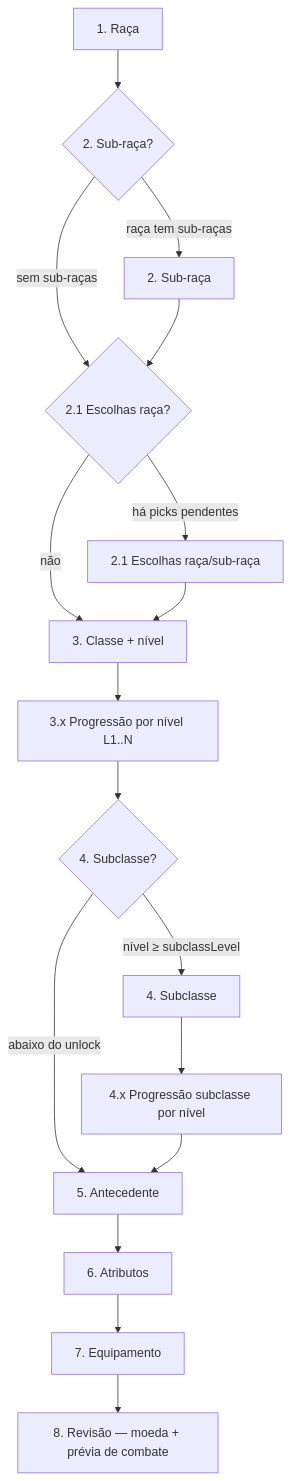
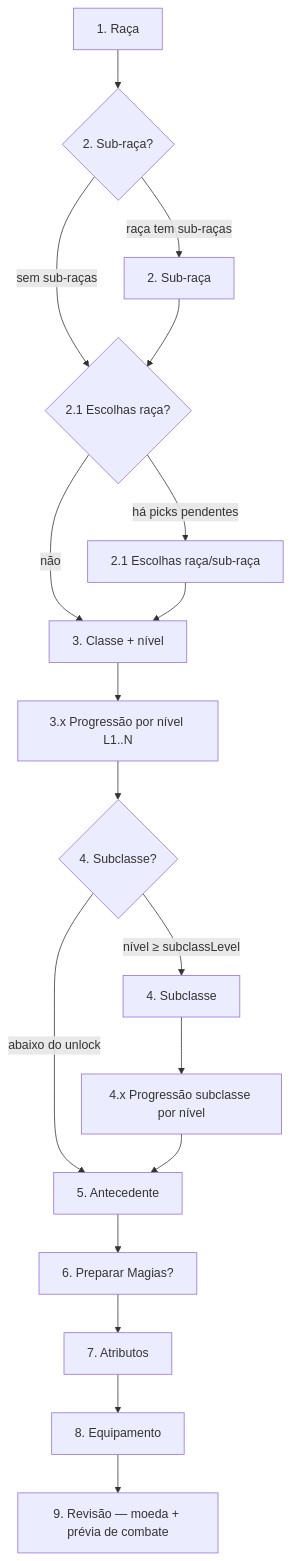
The diagram in docs/CHARACTER_CREATION.md (PedroVMLopes/rpv-front), drawn with Mermaid before and after one commit. The commit also changed other lines of this file and 2 other files, not shown here.

First line of the commit message:
Refactor character creation steps to enhance flow and clarity

````diff
--- a/docs/CHARACTER_CREATION.md
+++ b/docs/CHARACTER_CREATION.md
@@ -47,19 +47,20 @@
 ```mermaid
 flowchart TD
     R[1. Raça] --> SR{2. Sub-raça?}
     SR -->|raça tem sub-raças| S2[2. Sub-raça]
     SR -->|sem sub-raças| RC{2.1 Escolhas raça?}
     S2 --> RC
     RC -->|há picks pendentes| RCP[2.1 Escolhas raça/sub-raça]
     RC -->|não| CL[3. Classe + nível]
     RCP --> CL
     CL --> LVL[3.x Progressão por nível L1..N]
     LVL --> SC{4. Subclasse?}
     SC -->|nível ≥ subclassLevel| SCS[4. Subclasse]
     SC -->|abaixo do unlock| BG[5. Antecedente]
     SCS --> SCLVL[4.x Progressão subclasse por nível]
     SCLVL --> BG
-    BG --> AB[6. Atributos]
-    AB --> EQ[7. Equipamento]
-    EQ --> RV[8. Revisão — moeda + prévia de combate]
+    BG --> PS[6. Preparar Magias?]
+    PS --> AB[7. Atributos]
+    AB --> EQ[8. Equipamento]
+    EQ --> RV[9. Revisão — moeda + prévia de combate]
 ```
````
